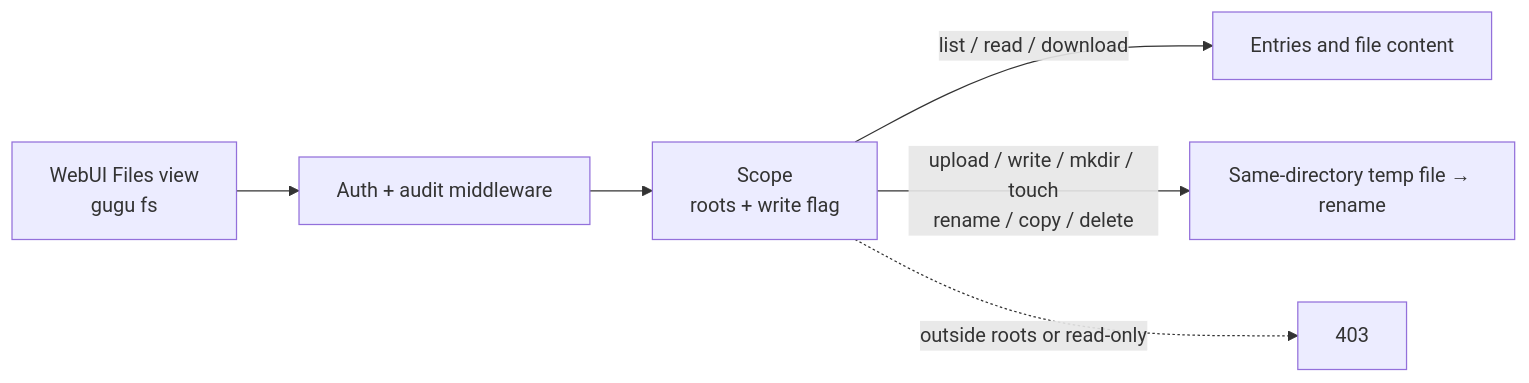
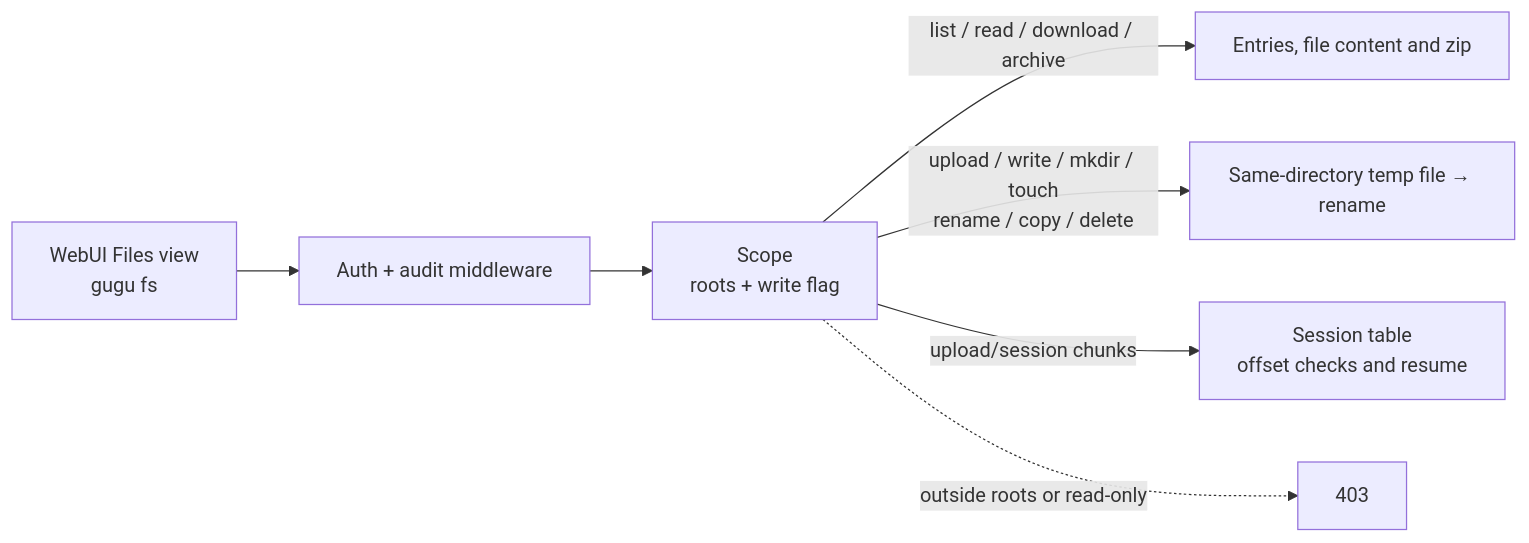
One commit to hongweifei/gugu-guard changed the first of 2 diagrams in README_EN.md. Above: the diagram before and after it, drawn with Mermaid. The commit also changed other lines of this file and 25 other files, not shown here.

````diff
--- a/README_EN.md
+++ b/README_EN.md
@@ -498,8 +504,9 @@
 ```mermaid
 flowchart LR
     U["WebUI Files view<br/>gugu fs"] --> A["Auth + audit middleware"]
     A --> S["Scope<br/>roots + write flag"]
-    S -->|"list / read / download"| R["Entries and file content"]
+    S -->|"list / read / download / archive"| R["Entries, file content and zip"]
     S -->|"upload / write / mkdir / touch<br/>rename / copy / delete"| W["Same-directory temp file → rename"]
+    S -->|"upload/session chunks"| C["Session table<br/>offset checks and resume"]
     S -.->|"outside roots or read-only"| D["403"]
 ```
````
